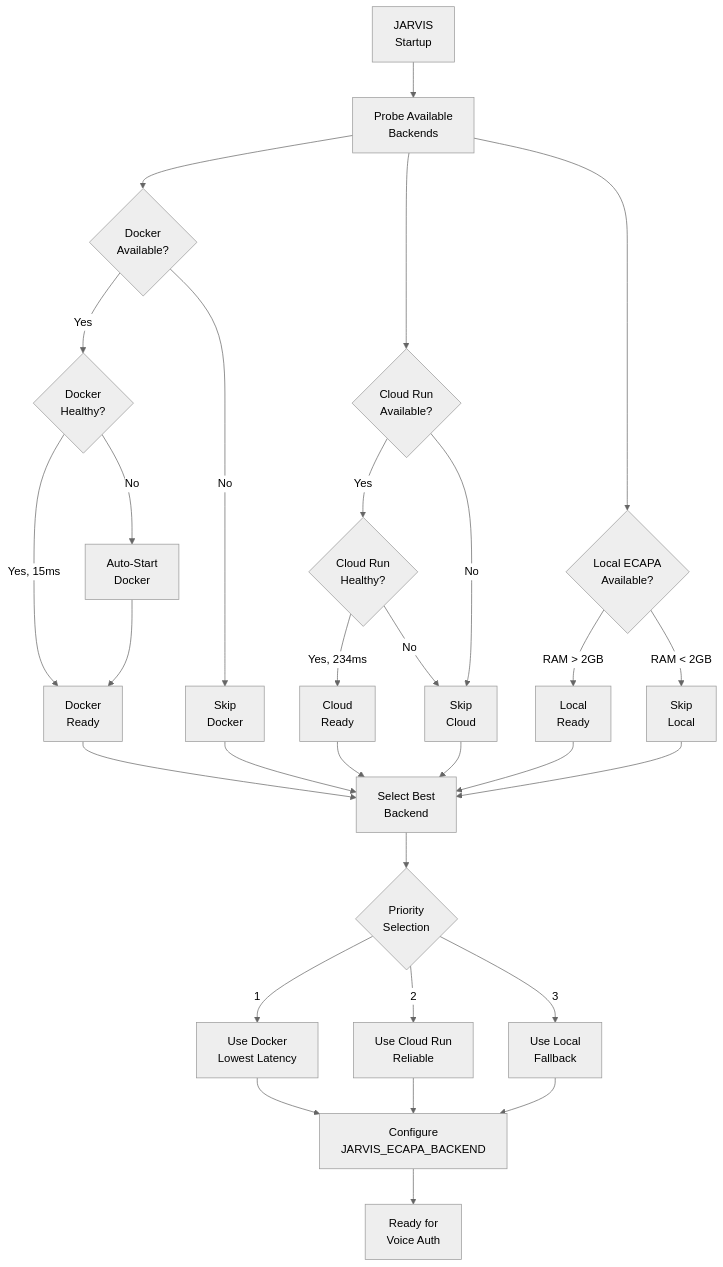
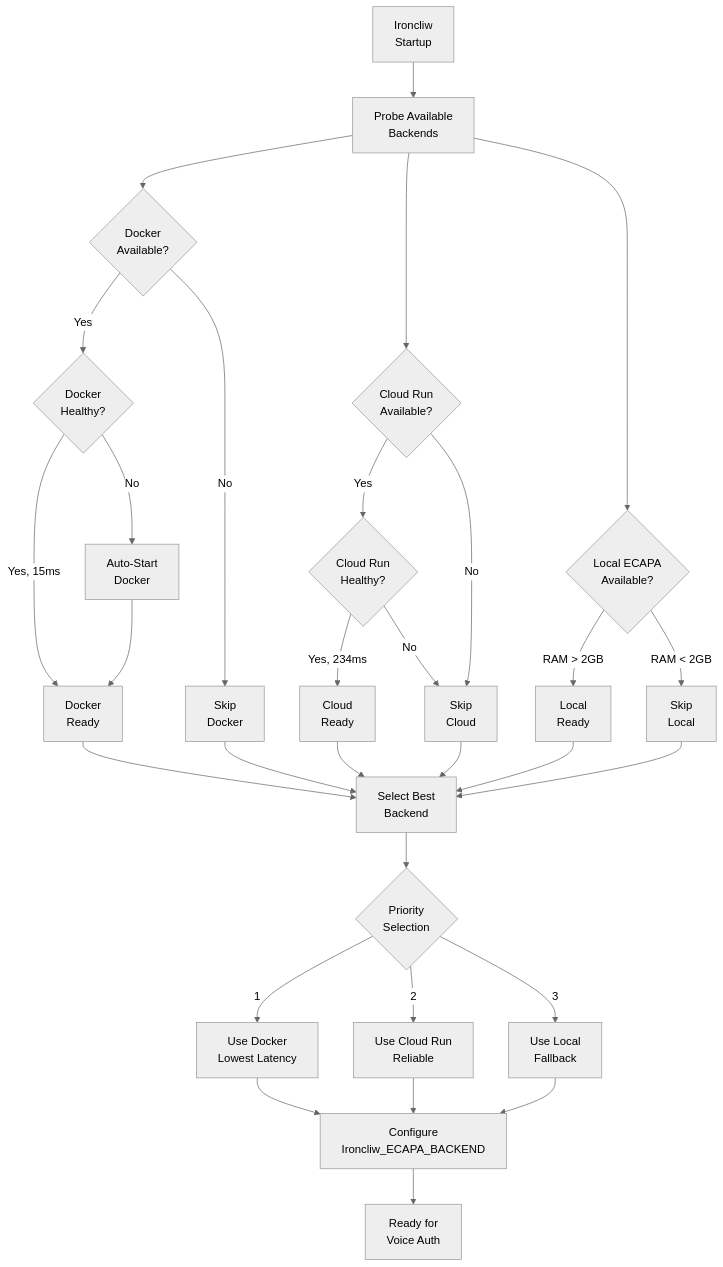
One commit to nandkishorrathodk-art/Ironcliw-ai changed diagram 13 of 16 in VOICE_BIOMETRIC_INTELLIGENCE_ARCHITECTURE.md. Above: the diagram before and after it, drawn with Mermaid (neutral theme). The commit also changed other lines of this file and 2439 other files, not shown here.

````diff
--- a/VOICE_BIOMETRIC_INTELLIGENCE_ARCHITECTURE.md
+++ b/VOICE_BIOMETRIC_INTELLIGENCE_ARCHITECTURE.md
@@ -951,41 +951,41 @@
 ```mermaid
 flowchart TD
-    START[JARVIS <br/>Startup] --> PROBE[Probe Available <br/>Backends]
+    START[Ironcliw <br/>Startup] --> PROBE[Probe Available <br/>Backends]
 
     PROBE --> DOCKER_CHECK{Docker<br/>Available?}
     PROBE --> CLOUD_CHECK{Cloud Run<br/>Available?}
     PROBE --> LOCAL_CHECK{Local ECAPA<br/>Available?}
 
     DOCKER_CHECK -->|Yes| DOCKER_HEALTH{Docker<br/>Healthy?}
     DOCKER_CHECK -->|No| SKIP_DOCKER[Skip <br/>Docker]
 
     DOCKER_HEALTH -->|Yes, 15ms| DOCKER_READY[Docker <br/>Ready]
     DOCKER_HEALTH -->|No| DOCKER_START[Auto-Start <br/>Docker]
     DOCKER_START --> DOCKER_READY
 
     CLOUD_CHECK -->|Yes| CLOUD_HEALTH{Cloud Run<br/>Healthy?}
     CLOUD_CHECK -->|No| SKIP_CLOUD[Skip <br/>Cloud]
 
     CLOUD_HEALTH -->|Yes, 234ms| CLOUD_READY[Cloud <br/>Ready]
     CLOUD_HEALTH -->|No| SKIP_CLOUD
 
     LOCAL_CHECK -->|RAM > 2GB| LOCAL_READY[Local <br/>Ready]
     LOCAL_CHECK -->|RAM < 2GB| SKIP_LOCAL[Skip <br/>Local]
 
     DOCKER_READY --> SELECT[Select Best <br/>Backend]
     CLOUD_READY --> SELECT
     LOCAL_READY --> SELECT
     SKIP_DOCKER --> SELECT
     SKIP_CLOUD --> SELECT
     SKIP_LOCAL --> SELECT
 
     SELECT --> PRIORITY{Priority<br/>Selection}
     PRIORITY -->|1| USE_DOCKER[Use Docker<br/>Lowest Latency]
     PRIORITY -->|2| USE_CLOUD[Use Cloud Run<br/>Reliable]
     PRIORITY -->|3| USE_LOCAL[Use Local<br/>Fallback]
 
-    USE_DOCKER --> CONFIG[Configure<br/>JARVIS_ECAPA_BACKEND]
+    USE_DOCKER --> CONFIG[Configure<br/>Ironcliw_ECAPA_BACKEND]
     USE_CLOUD --> CONFIG
     USE_LOCAL --> CONFIG
     CONFIG --> READY[Ready for<br/>Voice Auth]
 ```
````
